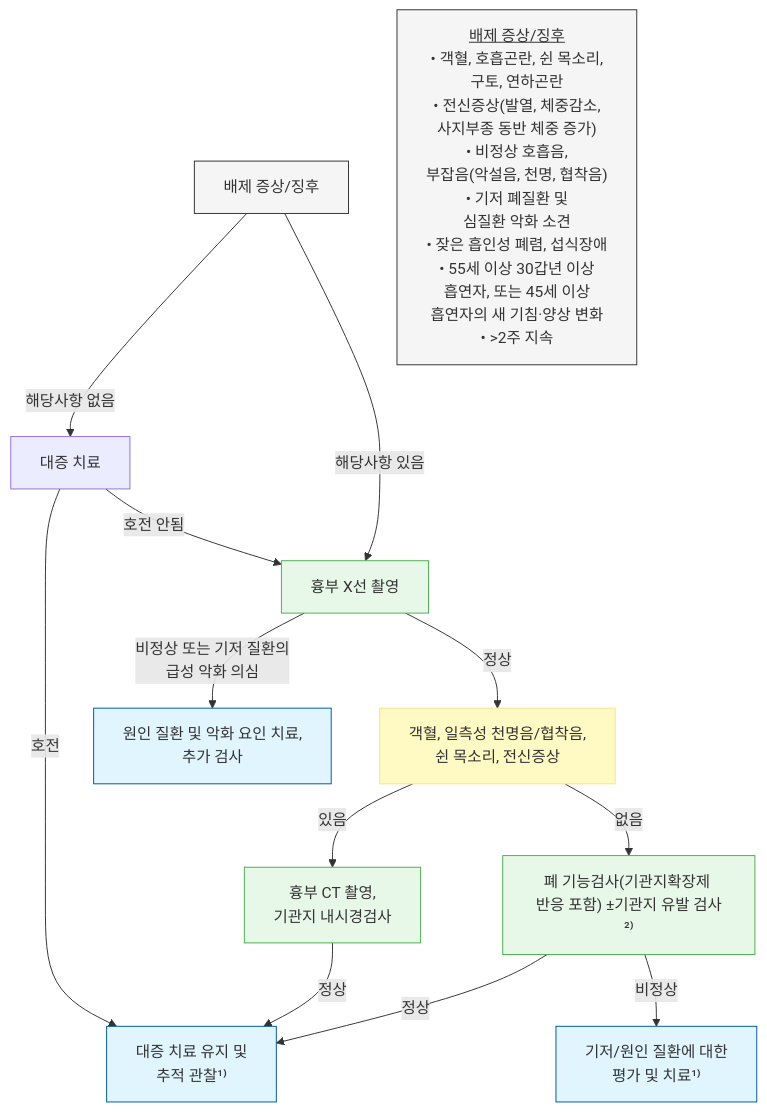
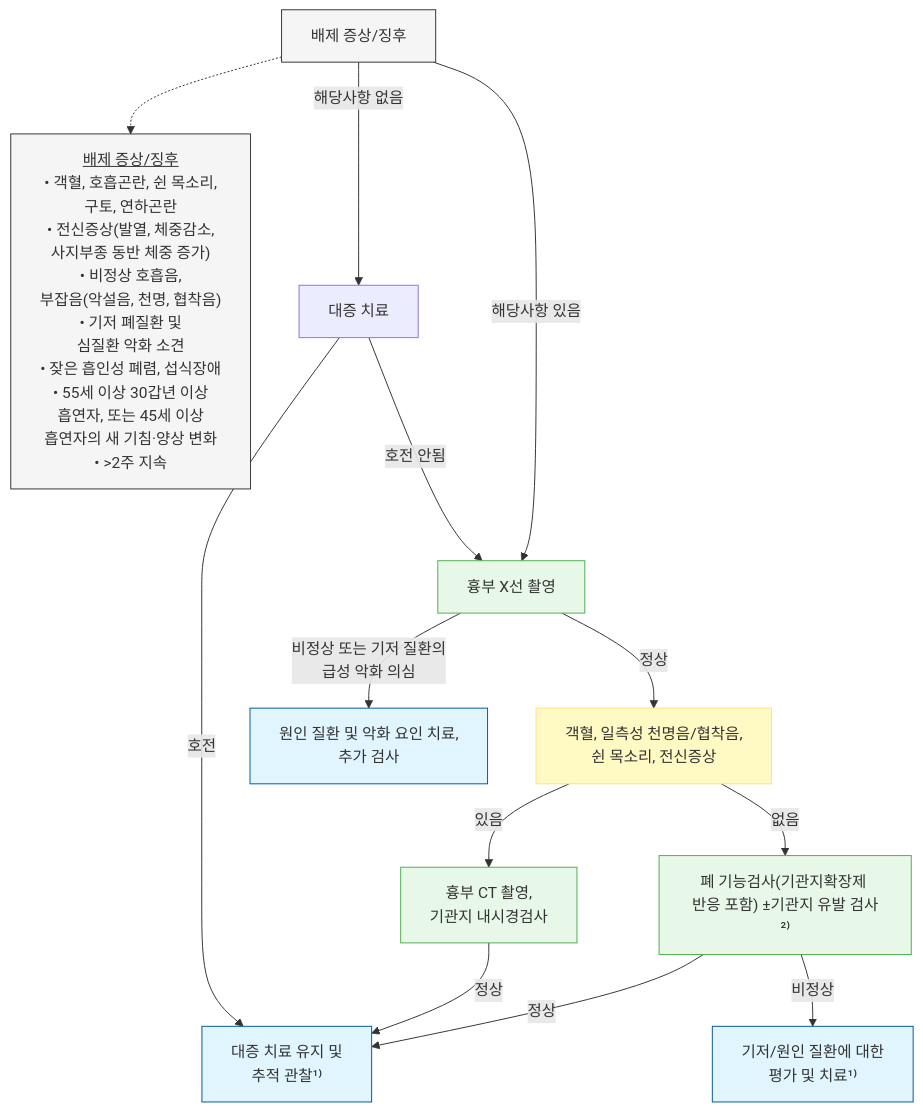
The first of 3 diagrams in 220_/006_-cough.md (familyoh77/familyoh77), drawn with Mermaid before and after one commit. The commit also changed other lines of this file, not shown here.

````diff
--- a/220_/006_-cough.md
+++ b/220_/006_-cough.md
@@ -200,30 +200,31 @@
 ```mermaid
 graph TD
     %% 텍스트 양옆에 &emsp;를 추가하여 가로 길이를 강제로 늘립니다.
     Start["배제 증상/징후"]
+    Start -.-> FOOTNOTE
     Start -- "해당사항 없음" --> Symptomatic["대증 치료"]
     FOOTNOTE["<u>배제 증상/징후</u><br/>• 객혈, 호흡곤란, 쉰 목소리, <br/>구토, 연하곤란<br/>• 전신증상(발열, 체중감소,<br/> 사지부종 동반 체중 증가)<br/>• 비정상 호흡음, <br/>부잡음(악설음, 천명, 협착음)<br/>• 기저 폐질환 및 <br/>심질환 악화 소견<br/>• 잦은 흡인성 폐렴, 섭식장애<br/>• 55세 이상 30갑년 이상 <br/>흡연자, 또는 45세 이상 <br/>흡연자의 새 기침·양상 변화<br/>• >2주 지속"]
     Symptomatic -- "호전" --> Maintain["대증 치료 유지 및 <br/>추적 관찰¹⁾"]
     Symptomatic -- "호전 안됨" --> Xray
     
     Start -- "해당사항 있음" --> Xray["흉부 X선 촬영"]
     Xray -- "정상" --> RedFlags["객혈, 일측성 천명음/협착음,<br/>쉰 목소리, 전신증상"]
     Xray -- "비정상 또는 기저 질환의 <br/>급성 악화 의심" --> TreatCause["원인 질환 및 악화 요인 치료, <br/>추가 검사"]
     RedFlags -- "있음" --> CT["흉부 CT 촬영, <br/>기관지 내시경검사"]
     RedFlags -- "없음" --> PFT["폐 기능검사(기관지확장제 <br/>반응 포함) ±기관지 유발 검사²⁾"]
     CT -- "정상" --> Maintain
     PFT -- "정상" --> Maintain
     PFT -- "비정상" --> TreatBase["기저/원인 질환에 대한 <br/>평가 및 치료¹⁾"]
 
 style Start fill:#f5f5f5,stroke:#333
 style FOOTNOTE fill:#f5f5f5,stroke:#333
 classDef yellow fill:#fff9c4,stroke:#ffe082
 class RedFlags yellow
 classDef lightGreen fill:#e8f8e8,stroke:#4caf50
 class Xray,CT,PFT lightGreen
 
     style Maintain fill:#e1f5fe,stroke:#01579b
     style TreatCause fill:#e1f5fe,stroke:#01579b
     style TreatBase fill:#e1f5fe,stroke:#01579b
 
 ```
````
